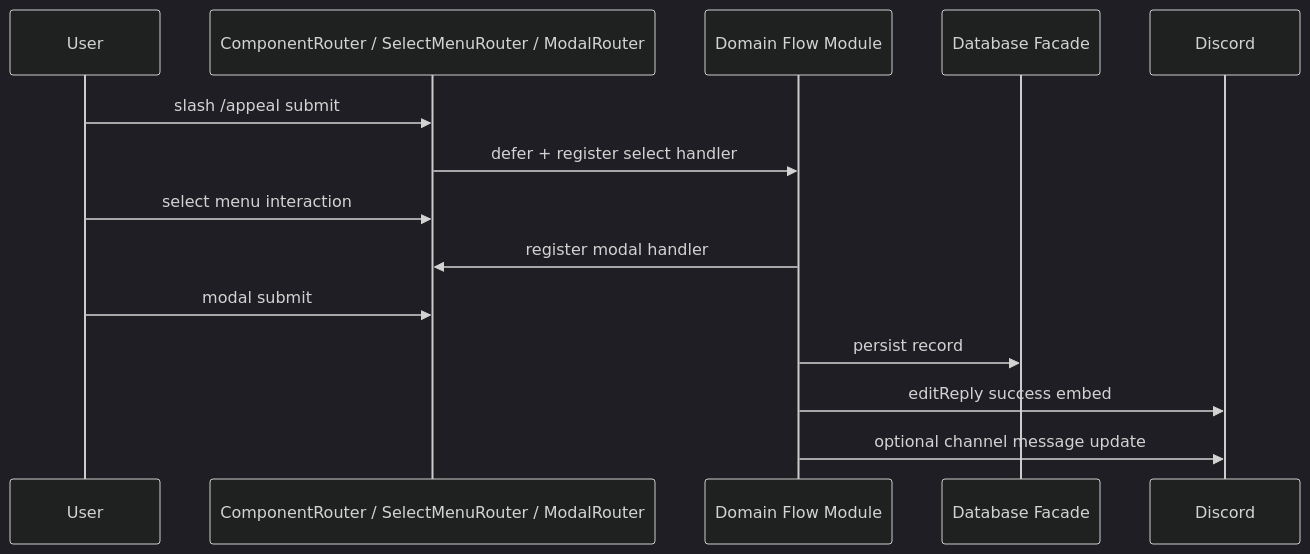
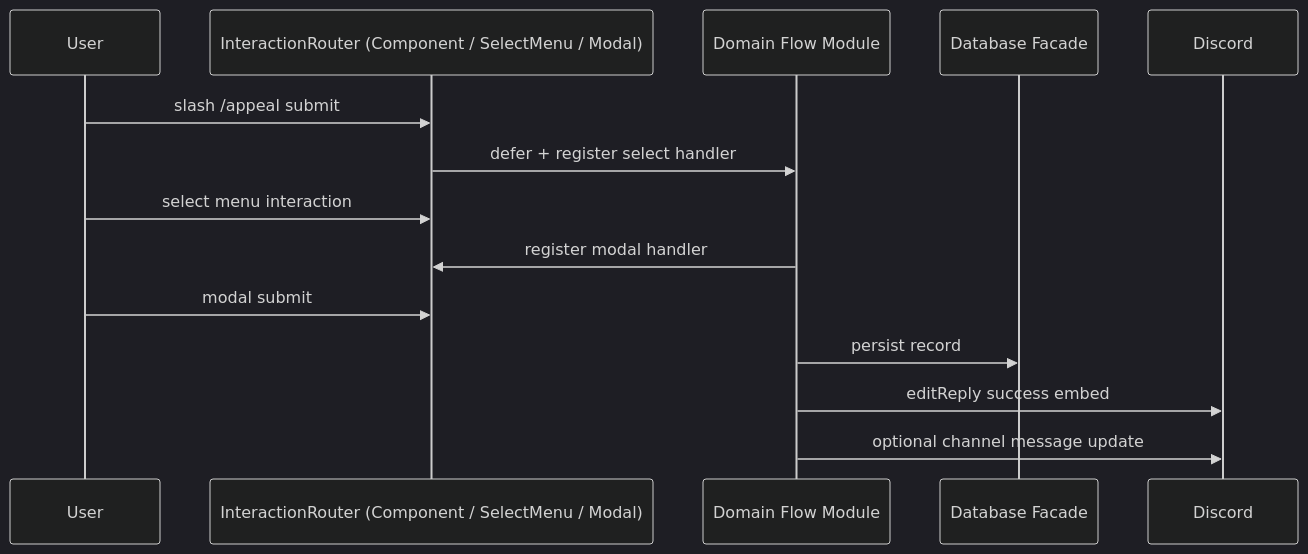
Before and after one commit to bellaouzo/DiscordBot_V3: the diagram in docs/ARCHITECTURE_MAP.md, drawn with Mermaid (dark theme). The commit also changed other lines of this file and 93 other files, not shown here.

````diff
--- a/docs/ARCHITECTURE_MAP.md
+++ b/docs/ARCHITECTURE_MAP.md
@@ -197,17 +196,17 @@
 ```mermaid
 sequenceDiagram
   participant User
-  participant Router as ComponentRouter / SelectMenuRouter / ModalRouter
+  participant Router as InteractionRouter (Component / SelectMenu / Modal)
   participant Flow as Domain Flow Module
   participant DB as Database Facade
   participant Discord
 
   User->>Router: slash /appeal submit
   Router->>Flow: defer + register select handler
   User->>Router: select menu interaction
   Flow->>Router: register modal handler
   User->>Router: modal submit
   Flow->>DB: persist record
   Flow->>Discord: editReply success embed
   Flow->>Discord: optional channel message update
 ```
````
